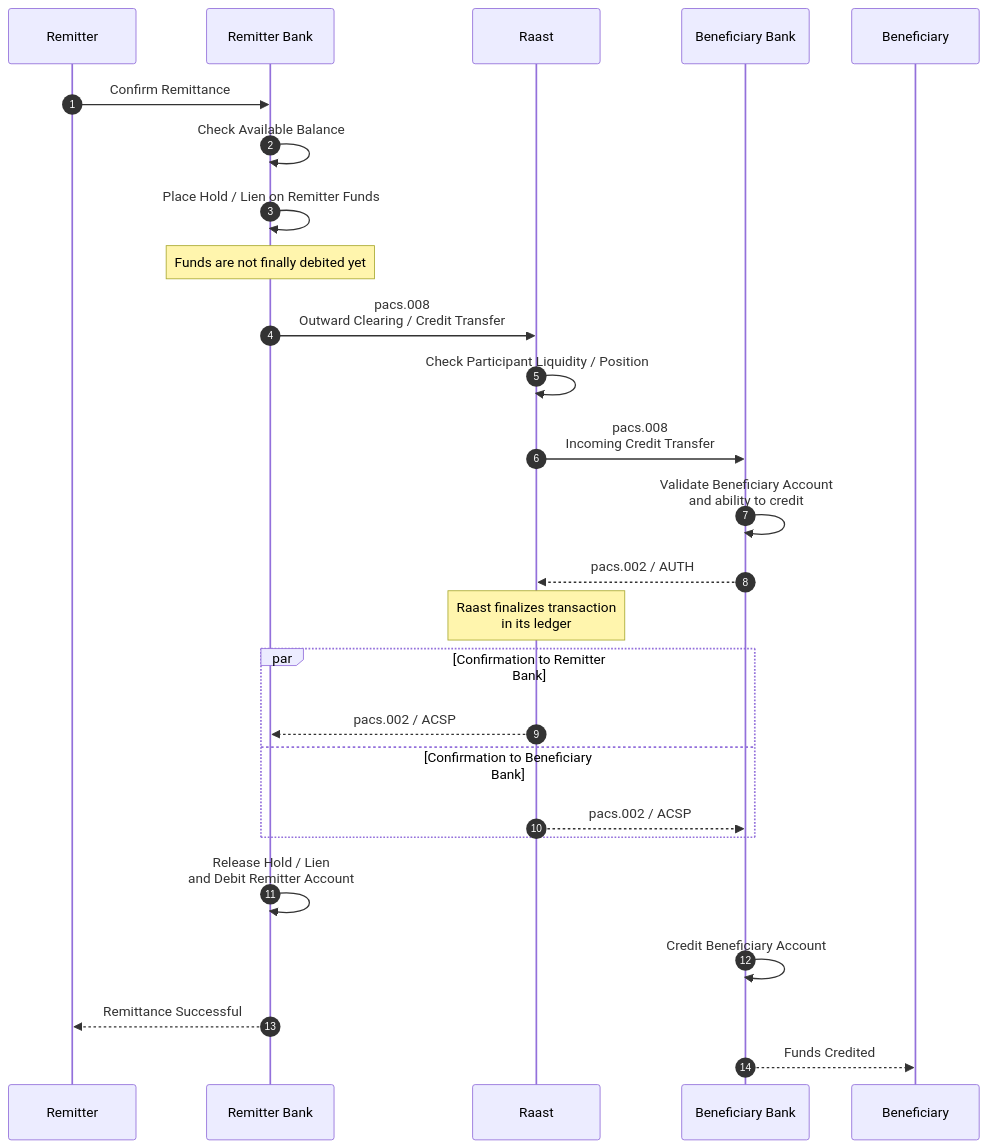
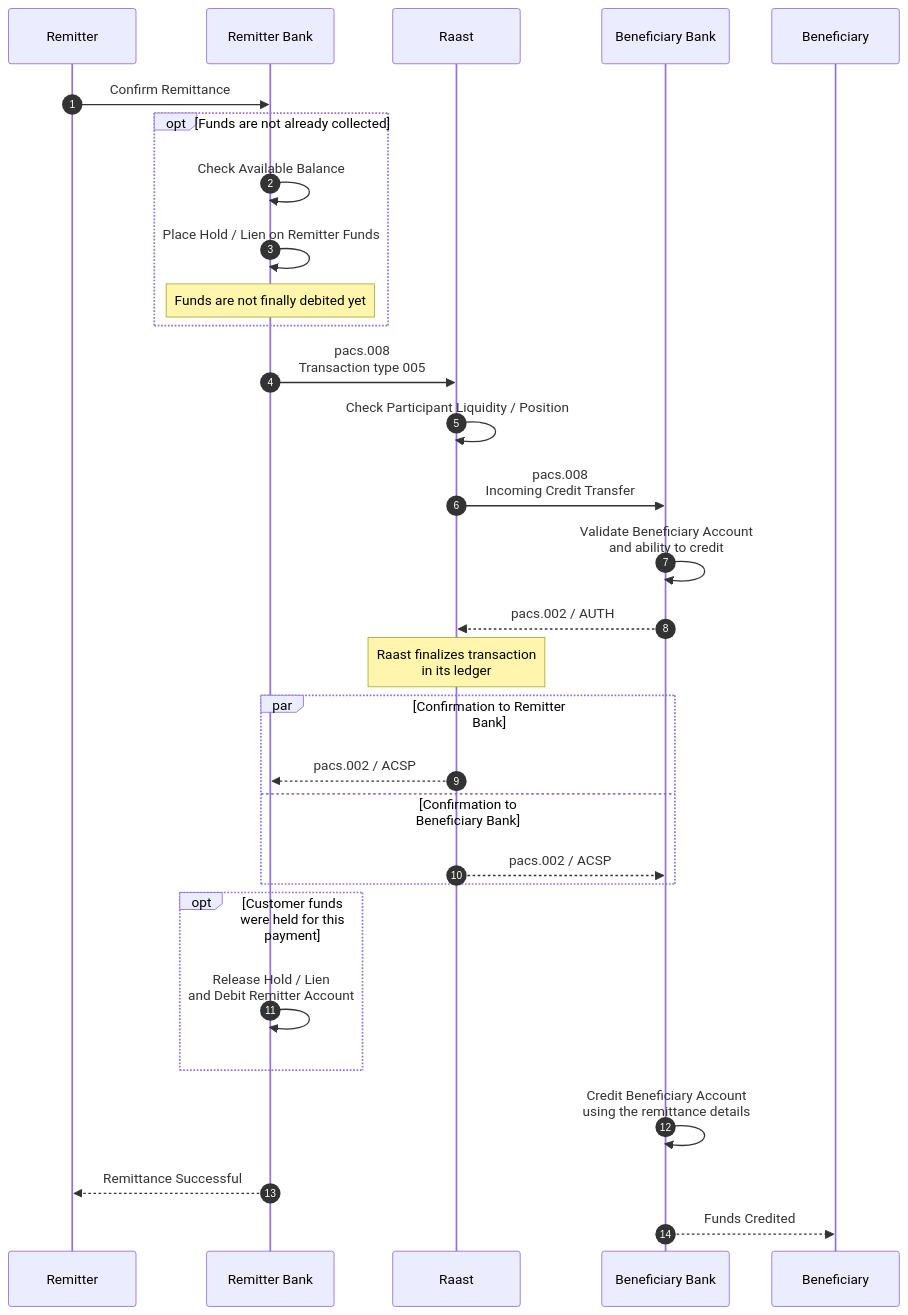
Before and after one commit to HuzaifaTanzeel/raast-training-public: the first of 3 diagrams in modules/02-p2p-remittance/02_Raast_P2P_Remittance_Overview.md, drawn with Mermaid. The commit also changed other lines of this file and 3 other files, not shown here.

````diff
--- a/modules/02-p2p-remittance/02_Raast_P2P_Remittance_Overview.md
+++ b/modules/02-p2p-remittance/02_Raast_P2P_Remittance_Overview.md
@@ -201,34 +64,38 @@
 ```mermaid
 sequenceDiagram
     autonumber
     participant Rmt as Remitter
     participant RB as Remitter Bank
     participant R as Raast
     participant BB as Beneficiary Bank
     participant B as Beneficiary
 
     Rmt->>RB: Confirm Remittance
-    RB->>RB: Check Available Balance
-    RB->>RB: Place Hold / Lien on Remitter Funds
 
-    Note over RB: Funds are not finally debited yet
+    opt Funds are not already collected
+        RB->>RB: Check Available Balance
+        RB->>RB: Place Hold / Lien on Remitter Funds
+        Note over RB: Funds are not finally debited yet
+    end
 
-    RB->>R: pacs.008<br/>Outward Clearing / Credit Transfer
+    RB->>R: pacs.008<br/>Transaction type 005
     R->>R: Check Participant Liquidity / Position
     R->>BB: pacs.008<br/>Incoming Credit Transfer
     BB->>BB: Validate Beneficiary Account<br/>and ability to credit
     BB-->>R: pacs.002 / AUTH
 
     Note over R: Raast finalizes transaction<br/>in its ledger
 
     par Confirmation to Remitter Bank
         R-->>RB: pacs.002 / ACSP
     and Confirmation to Beneficiary Bank
         R-->>BB: pacs.002 / ACSP
     end
 
-    RB->>RB: Release Hold / Lien<br/>and Debit Remitter Account
-    BB->>BB: Credit Beneficiary Account
+    opt Customer funds were held for this payment
+        RB->>RB: Release Hold / Lien<br/>and Debit Remitter Account
+    end
+    BB->>BB: Credit Beneficiary Account<br/>using the remittance details
     RB-->>Rmt: Remittance Successful
     BB-->>B: Funds Credited
 ```
````
